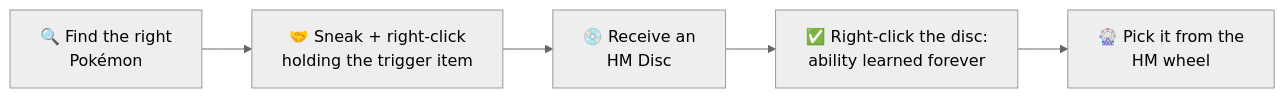
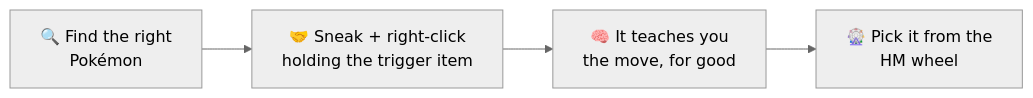
One commit to manucruzleiva/mod-wiki changed the diagram in docs/ditto-hms/index.md. Above: the diagram before and after it, drawn with Mermaid (neutral theme). The commit also changed other lines of this file and 7 other files, not shown here.

````diff
--- a/docs/ditto-hms/index.md
+++ b/docs/ditto-hms/index.md
@@ -25,7 +24,6 @@
 ```mermaid
 flowchart LR
     A[🔍 Find the right\nPokémon] --> B[🤝 Sneak + right-click\nholding the trigger item]
-    B --> C[💿 Receive an\nHM Disc]
-    C --> D[✅ Right-click the disc:\nability learned forever]
-    D --> E[🎡 Pick it from the\nHM wheel]
+    B --> C[🧠 It teaches you\nthe move, for good]
+    C --> D[🎡 Pick it from the\nHM wheel]
 ```
````
